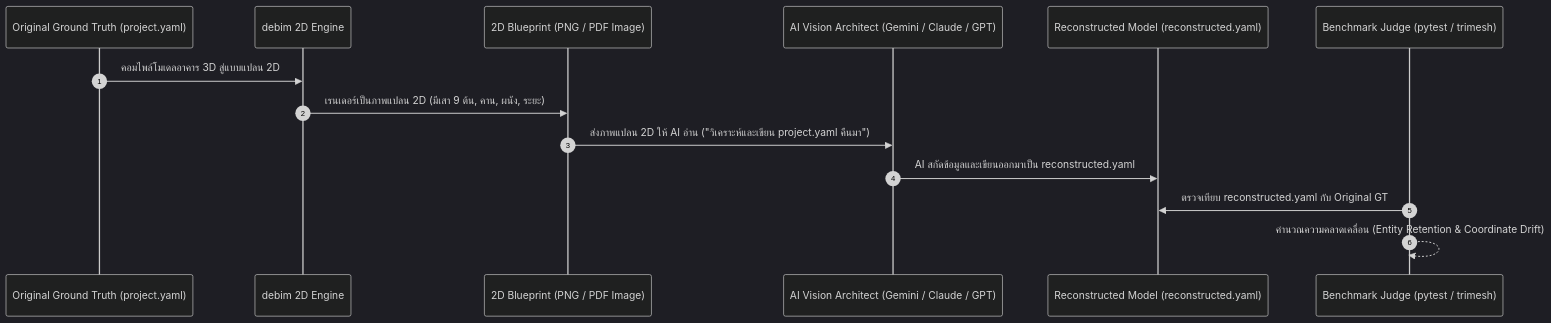
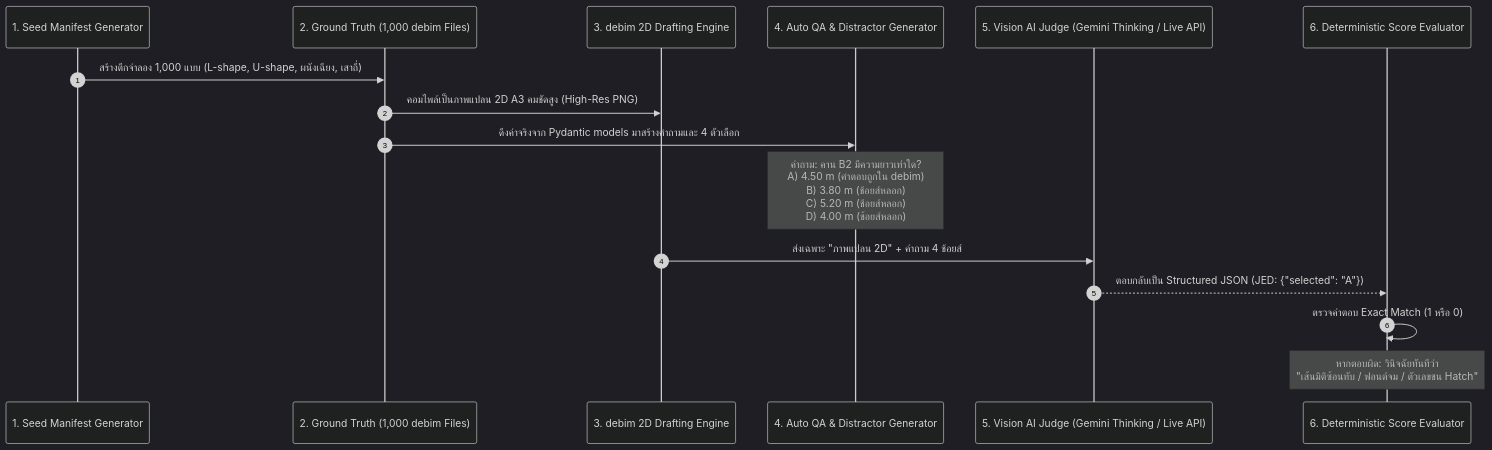
One commit to PRIDA-TAKON/debim changed the diagram in docs/ROADMAP_2D_DRAWINGS.md. Above: the diagram before and after it, drawn with Mermaid (dark theme). The commit also changed other lines of this file and 6 other files, not shown here.

Commit message:
docs: update 2D blueprint VQA benchmark, roundtrip specs, and roadmaps

````diff
--- a/docs/ROADMAP_2D_DRAWINGS.md
+++ b/docs/ROADMAP_2D_DRAWINGS.md
@@ -181,17 +181,19 @@
 ```mermaid
 sequenceDiagram
     autonumber
-    participant GT as Original Ground Truth (project.yaml)
-    participant Engine as debim 2D Engine
-    participant Paper as 2D Blueprint (PNG / PDF Image)
-    participant AI as AI Vision Architect (Gemini / Claude / GPT)
-    participant Rec as Reconstructed Model (reconstructed.yaml)
-    participant Judge as Benchmark Judge (pytest / trimesh)
+    participant LLM_Seed as 1. Seed Manifest Generator
+    participant GT as 2. Ground Truth (1,000 debim Files)
+    participant Engine as 3. debim 2D Drafting Engine
+    participant QA_Gen as 4. Auto QA & Distractor Generator
+    participant Vision_AI as 5. Vision AI Judge (Gemini Thinking / Live API)
+    participant Evaluator as 6. Deterministic Score Evaluator
 
-    GT->>Engine: คอมไพล์โมเดลอาคาร 3D สู่แบบแปลน 2D
-    Engine->>Paper: เรนเดอร์เป็นภาพแปลน 2D (มีเสา 9 ต้น, คาน, ผนัง, ระยะ)
-    Paper->>AI: ส่งภาพแปลน 2D ให้ AI อ่าน ("วิเคราะห์และเขียน project.yaml คืนมา")
-    AI->>Rec: AI สกัดข้อมูลและเขียนออกมาเป็น reconstructed.yaml
-    Judge->>Rec: ตรวจเทียบ reconstructed.yaml กับ Original GT
-    Judge-->>Judge: คำนวณความคลาดเคลื่อน (Entity Retention & Coordinate Drift)
+    LLM_Seed->>GT: สร้างตึกจำลอง 1,000 แบบ (L-shape, U-shape, ผนังเฉียง, เสาถี่)
+    GT->>Engine: คอมไพล์เป็นภาพแปลน 2D A3 คมชัดสูง (High-Res PNG)
+    GT->>QA_Gen: ดึงค่าจริงจาก Pydantic models มาสร้างคำถามและ 4 ตัวเลือก
+    Note over QA_Gen: คำถาม: คาน B2 มีความยาวเท่าใด?<br/>A) 4.50 m (คำตอบถูกใน debim)<br/>B) 3.80 m (ช้อยส์หลอก)<br/>C) 5.20 m (ช้อยส์หลอก)<br/>D) 4.00 m (ช้อยส์หลอก)
+    Engine->>Vision_AI: ส่งเฉพาะ "ภาพแปลน 2D" + คำถาม 4 ช้อยส์
+    Vision_AI-->>Evaluator: ตอบกลับเป็น Structured JSON (JED: {"selected": "A"})
+    Evaluator->>Evaluator: ตรวจคำตอบ Exact Match (1 หรือ 0)
+    Note over Evaluator: หากตอบผิด: วินิจฉัยทันทีว่า<br/>"เส้นมิติซ้อนทับ / ฟอนต์จม / ตัวเลขชน Hatch"
 ```
````
